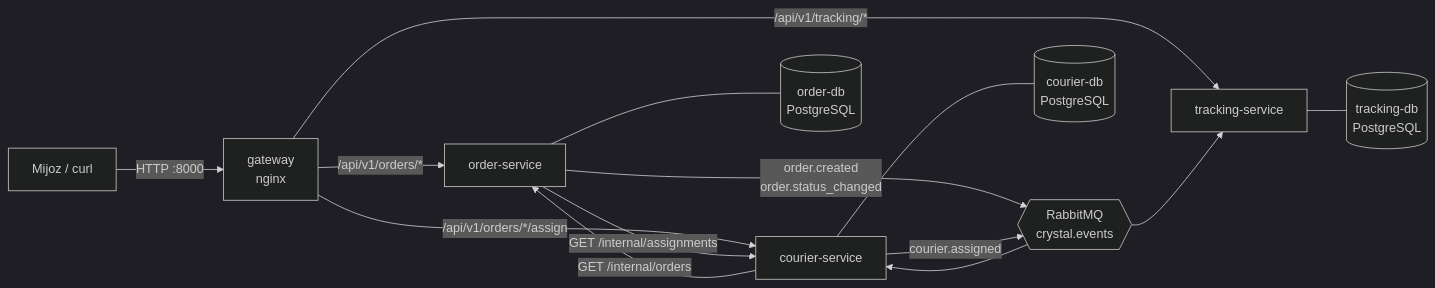
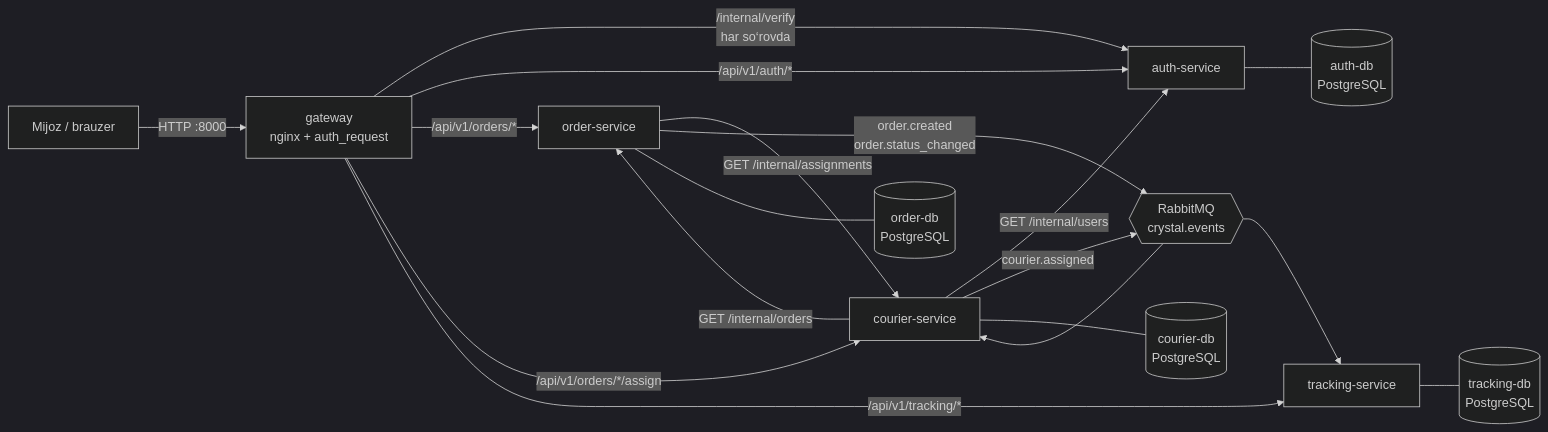
The first of 6 diagrams in docs/architecture.md (IftixorRustamov/devops_task), drawn with Mermaid (dark theme) before and after one commit. The commit also changed other lines of this file and 6 other files, not shown here.

````diff
--- a/docs/architecture.md
+++ b/docs/architecture.md
@@ -9,19 +9,23 @@
 ```mermaid
 flowchart LR
-    client[Mijoz / curl] -->|HTTP :8000| gw[gateway<br/>nginx]
+    client[Mijoz / brauzer] -->|HTTP :8000| gw[gateway<br/>nginx + auth_request]
+    gw -->|/internal/verify<br/>har so‘rovda| auth[auth-service]
+    gw -->|/api/v1/auth/*| auth
+    auth --- adb[(auth-db<br/>PostgreSQL)]
+    courier -- "GET /internal/users" --> auth
     gw -->|/api/v1/orders/*| order[order-service]
     gw -->|/api/v1/orders/*/assign| courier[courier-service]
     gw -->|/api/v1/tracking/*| tracking[tracking-service]
 
     order -- "GET /internal/assignments" --> courier
     courier -- "GET /internal/orders" --> order
 
     order -->|order.created<br/>order.status_changed| mq{{RabbitMQ<br/>crystal.events}}
     courier -->|courier.assigned| mq
     mq --> courier
     mq --> tracking
 
     order --- odb[(order-db<br/>PostgreSQL)]
     courier --- cdb[(courier-db<br/>PostgreSQL)]
     tracking --- tdb[(tracking-db<br/>PostgreSQL)]
 ```
````
